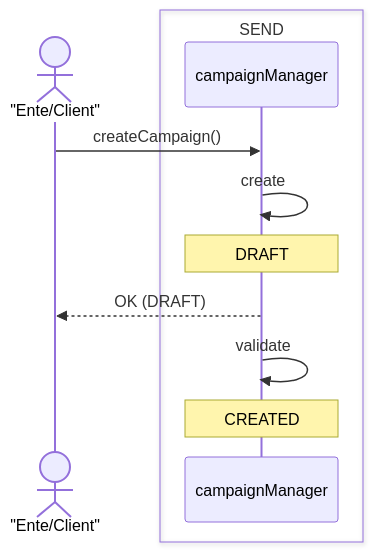
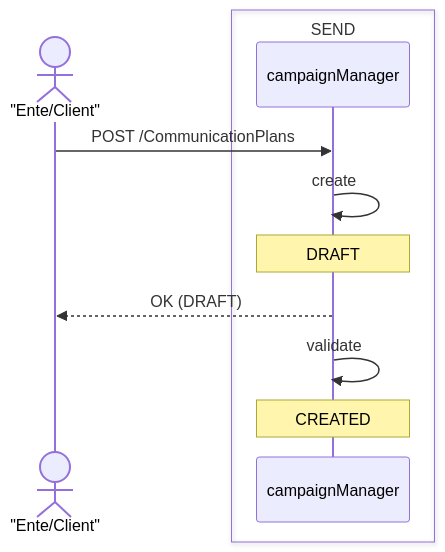
The second of 3 diagrams in send/orchestratore/orchestratore.md (pagopa/pn-lab-docs), drawn with Mermaid before and after one commit. The commit also changed other lines of this file and 1 other file, not shown here.

Commit message:
first proposal

````diff
--- a/send/orchestratore/orchestratore.md
+++ b/send/orchestratore/orchestratore.md
@@ -45,14 +45,14 @@
 ```mermaid
 sequenceDiagram
 actor ec as "Ente/Client"
 box SEND
 participant cmp as campaignManager
 end
 
-ec ->> cmp : createCampaign()
+ec ->> cmp : POST /CommunicationPlans
 cmp ->> cmp : create
 note over cmp: DRAFT
 cmp -->> ec: OK (DRAFT)
 cmp ->> cmp : validate
 note over cmp: CREATED
 ```
````
